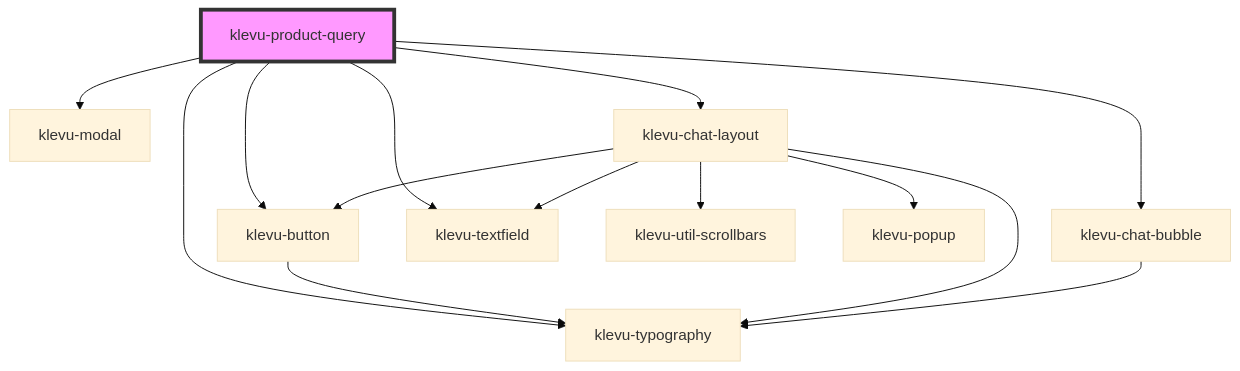
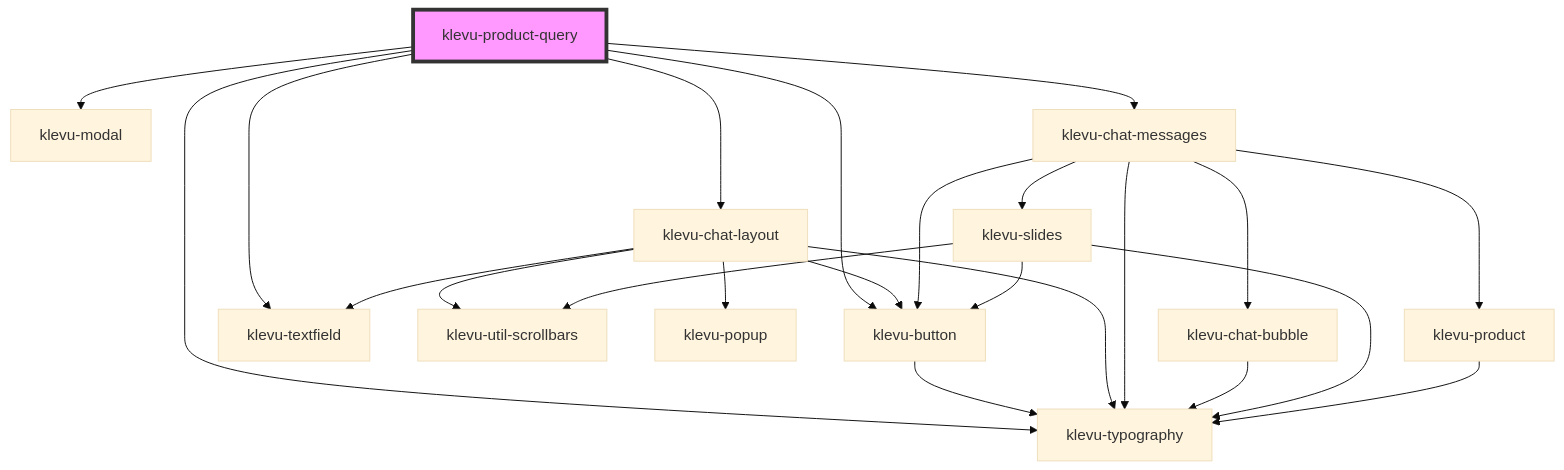
One commit to klevultd/frontend-sdk changed the diagram in packages/klevu-ui/src/components/klevu-product-query/readme.md. Above: the diagram before and after it, drawn with Mermaid (base theme). The commit also changed other lines of this file and 21 other files, not shown here.

````diff
--- a/packages/klevu-ui/src/components/klevu-product-query/readme.md
+++ b/packages/klevu-ui/src/components/klevu-product-query/readme.md
@@ -27,17 +34,26 @@
 ```mermaid
 graph TD;
   klevu-product-query --> klevu-button
   klevu-product-query --> klevu-modal
   klevu-product-query --> klevu-typography
   klevu-product-query --> klevu-chat-layout
-  klevu-product-query --> klevu-chat-bubble
+  klevu-product-query --> klevu-chat-messages
   klevu-product-query --> klevu-textfield
   klevu-button --> klevu-typography
   klevu-chat-layout --> klevu-typography
   klevu-chat-layout --> klevu-button
   klevu-chat-layout --> klevu-util-scrollbars
   klevu-chat-layout --> klevu-popup
   klevu-chat-layout --> klevu-textfield
+  klevu-chat-messages --> klevu-chat-bubble
+  klevu-chat-messages --> klevu-typography
+  klevu-chat-messages --> klevu-button
+  klevu-chat-messages --> klevu-slides
+  klevu-chat-messages --> klevu-product
   klevu-chat-bubble --> klevu-typography
+  klevu-slides --> klevu-typography
+  klevu-slides --> klevu-button
+  klevu-slides --> klevu-util-scrollbars
+  klevu-product --> klevu-typography
   style klevu-product-query fill:#f9f,stroke:#333,stroke-width:4px
 ```
````
